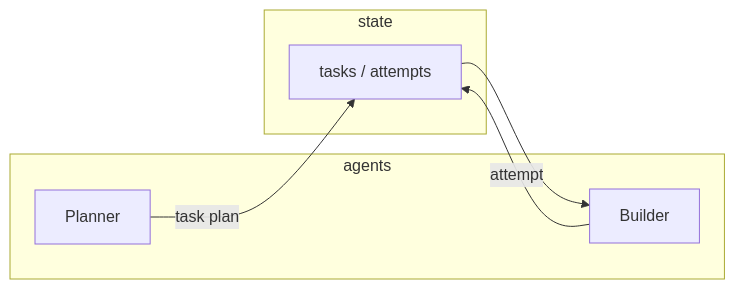
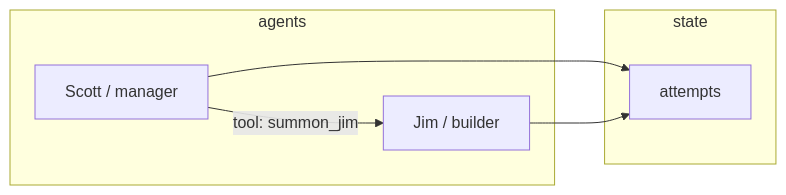
One commit to VENKATESHWARAN-R/dunder-mifflin-harness changed the eighth of 33 diagrams in docs/ROADMAP.md. Above: the diagram before and after it, drawn with Mermaid. The commit also changed other lines of this file and 2 other files, not shown here.

First line of the commit message:
docs: update ROADMAP.md and lab/README.md to reflect recent changes in agent roles and planning structure

````diff
--- a/docs/ROADMAP.md
+++ b/docs/ROADMAP.md
@@ -336,13 +339,13 @@
 ```mermaid
 flowchart LR
   subgraph agents[agents]
-    pl[Planner]
-    bd[Builder]
+    sc[Scott / manager]
+    jm[Jim / builder]
   end
   subgraph state[state]
-    tk[tasks / attempts]
+    att[attempts]
   end
-  pl -->|task plan| tk
-  tk --> bd
-  bd -->|attempt| tk
+  sc -->|tool: summon_jim| jm
+  sc --> att
+  jm --> att
 ```
````
